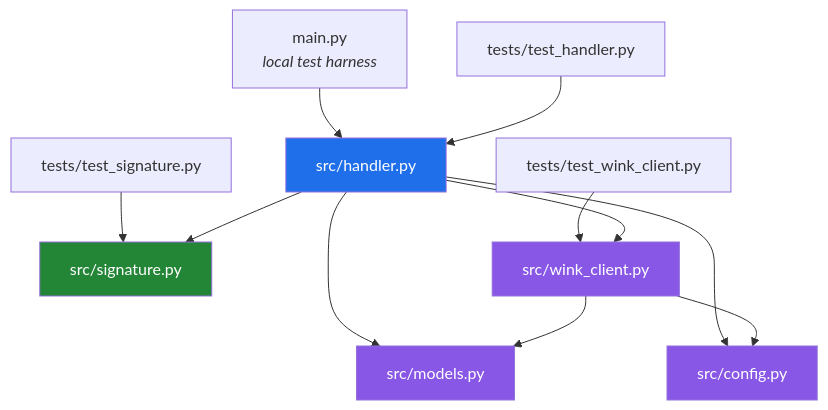
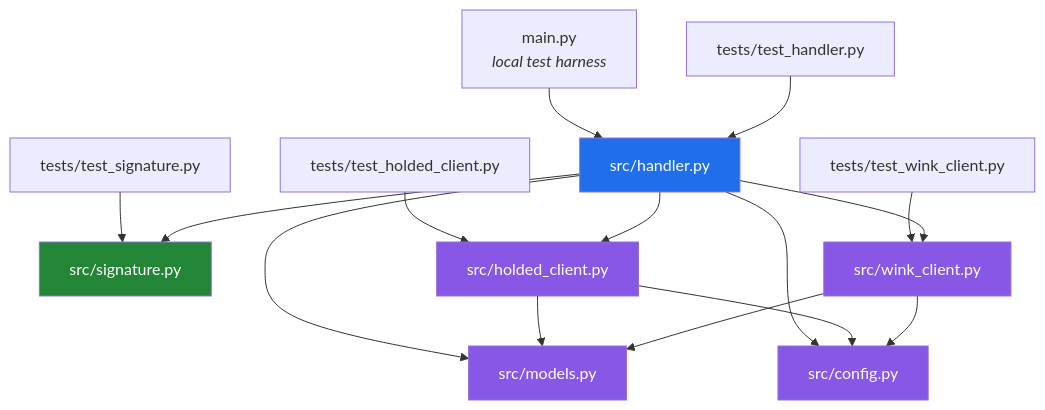
One commit to danrivsa/santo-suplemento-invetory-sync-webhook changed the third of 4 diagrams in README.md. Above: the diagram before and after it, drawn with Mermaid. The commit also changed other lines of this file and 10 other files, not shown here.

Commit message:
feat(stock): sync Wink inventory to Holded 'available' via GET /products/{id}/stock; add holded_client + HOLDED_API_KEY config

````diff
--- a/README.md
+++ b/README.md
@@ -111,20 +127,25 @@
 ```mermaid
 graph TD
     Main["main.py<br/><i>local test harness</i>"] --> Handler["src/handler.py"]
     T1["tests/test_handler.py"] --> Handler
     T2["tests/test_signature.py"] --> Sig["src/signature.py"]
     T3["tests/test_wink_client.py"] --> Client["src/wink_client.py"]
+    T4["tests/test_holded_client.py"] --> HoldedClient["src/holded_client.py"]
 
     Handler --> Sig
     Handler --> Models["src/models.py"]
+    Handler --> HoldedClient
     Handler --> Client
     Handler --> Config["src/config.py"]
+    HoldedClient --> Models
+    HoldedClient --> Config
     Client --> Models
     Client --> Config
 
     style Handler fill:#1f6feb,color:#fff
     style Sig fill:#238636,color:#fff
     style Models fill:#8957e5,color:#fff
+    style HoldedClient fill:#8957e5,color:#fff
     style Client fill:#8957e5,color:#fff
     style Config fill:#8957e5,color:#fff
 ```
````
